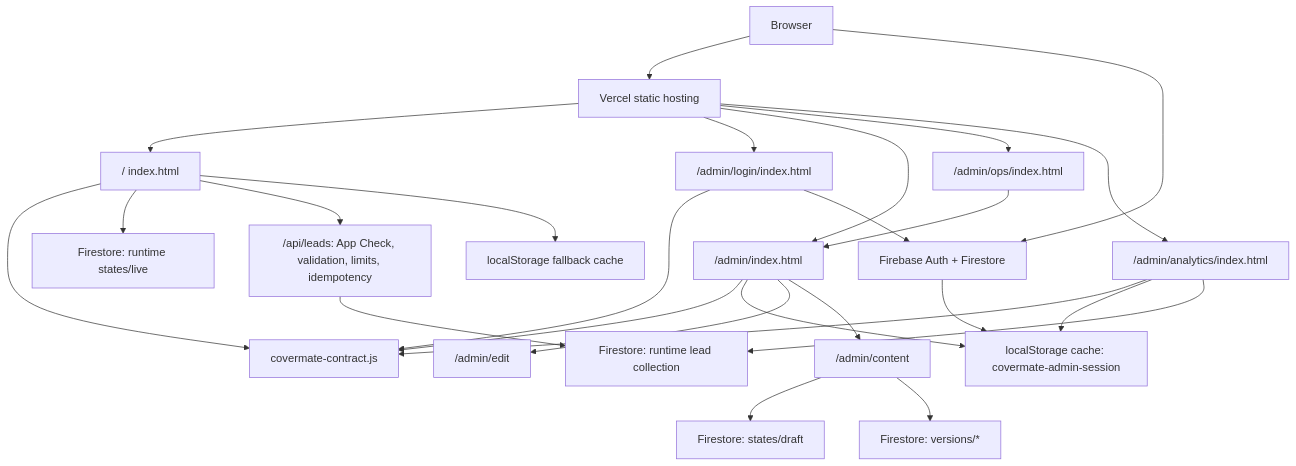
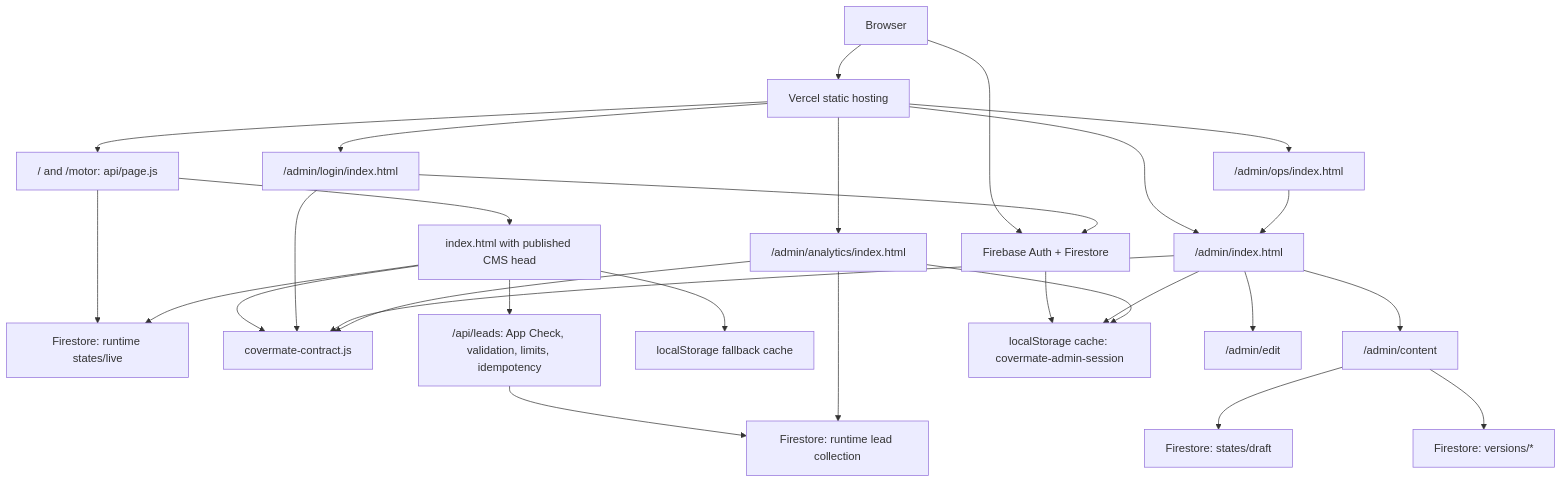
The diagram in docs/ARCHITECTURE.md (purichw/CoverMate), drawn with Mermaid before and after one commit. The commit also changed other lines of this file and 103 other files, not shown here.

Commit message:
Ship compact CMS-driven Home, Cloudinary media and custom-domain SEO

````diff
--- a/docs/ARCHITECTURE.md
+++ b/docs/ARCHITECTURE.md
@@ -22,28 +29,30 @@
 ```mermaid
 flowchart TD
   Browser["Browser"] --> Vercel["Vercel static hosting"]
-  Vercel --> Public["/ index.html"]
+  Vercel --> SEO["/ and /motor: api/page.js"]
+  SEO --> Public["index.html with published CMS head"]
+  SEO --> Live
   Vercel --> Login["/admin/login/index.html"]
   Vercel --> Launcher["/admin/index.html"]
   Vercel --> OpsShim["/admin/ops/index.html"]
   Vercel --> Analytics["/admin/analytics/index.html"]
   OpsShim --> Launcher
   Browser --> Firebase["Firebase Auth + Firestore"]
   Public --> Contract["covermate-contract.js"]
   Login --> Contract
   Launcher --> Contract
   Analytics --> Contract
   Public --> Live["Firestore: runtime states/live"]
   Public --> LeadAPI["/api/leads: App Check, validation, limits, idempotency"]
   LeadAPI --> Leads["Firestore: runtime lead collection"]
   Public --> Store["localStorage fallback cache"]
   PublicAdmin --> Draft["Firestore: states/draft"]
   PublicAdmin --> Versions["Firestore: versions/*"]
   Login --> Firebase
   Firebase --> Session["localStorage cache: covermate-admin-session"]
   Launcher --> Session
   Analytics --> Session
   Analytics --> Leads
   Launcher --> PublicEdit["/admin/edit"]
   Launcher --> PublicAdmin["/admin/content"]
 ```
````
